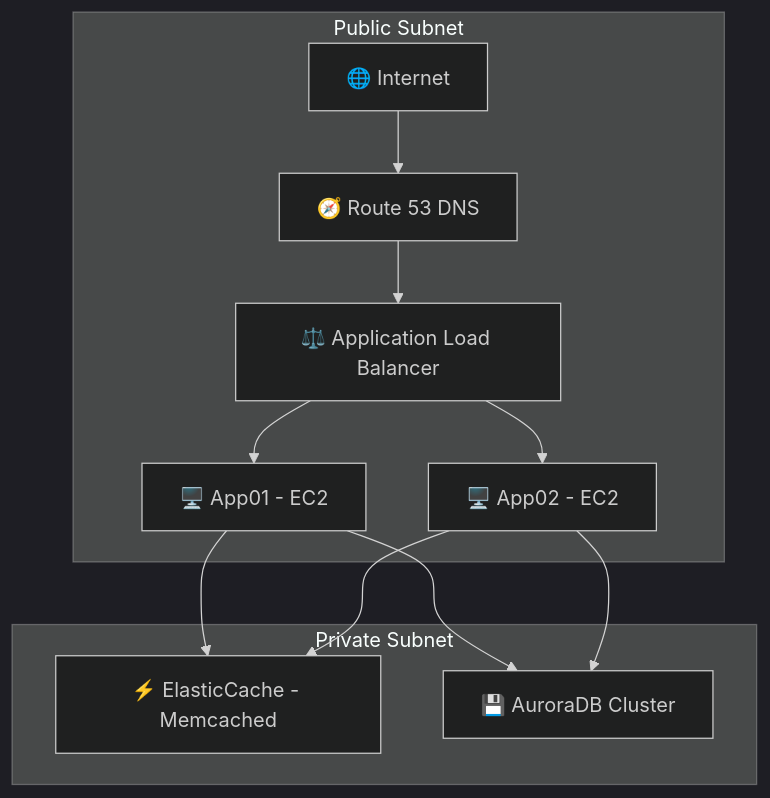
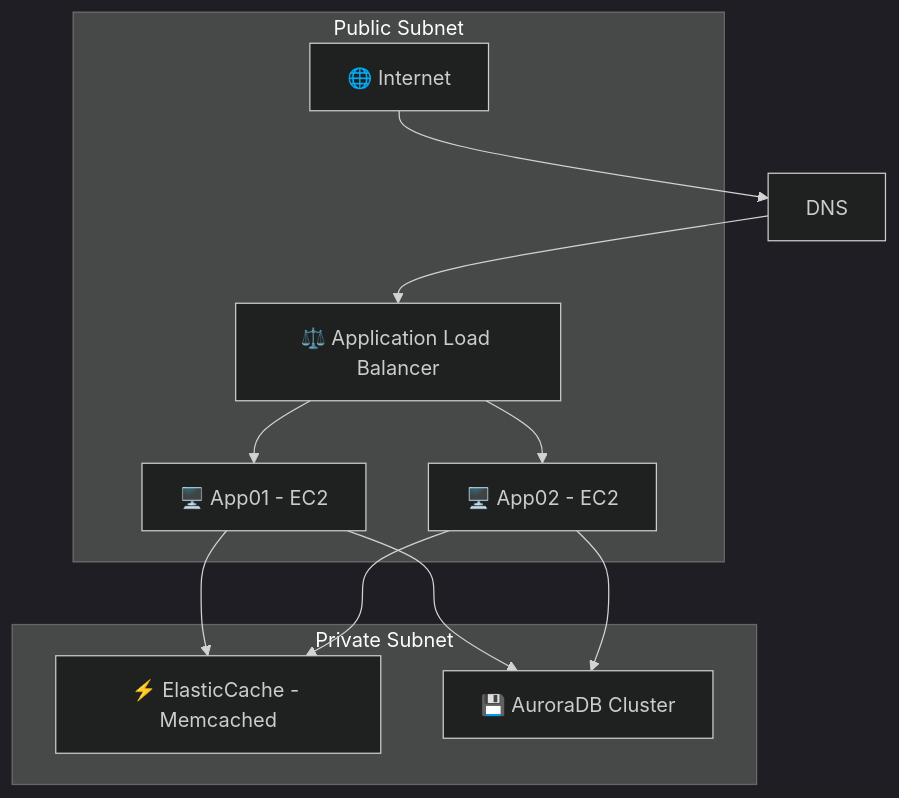
One commit to wandrad3/vprofile-aws changed the diagram in readme.md. Above: the diagram before and after it, drawn with Mermaid (dark theme). The commit also changed other lines of this file, not shown here.

````diff
--- a/readme.md
+++ b/readme.md
@@ -76,24 +38,23 @@
 ```mermaid
 ---
 config:
   layout: fixed
 ---
 
 flowchart TD
  subgraph subGraph0["Public Subnet"]
         ALB["⚖️ Application Load Balancer"]
-        DNS["🧭 Route 53 DNS"]
         Internet["🌐 Internet"]
         APP01["🖥️ App01 - EC2"]
         APP02["🖥️ App02 - EC2"]
   end
  subgraph subGraph1["Private Subnet"]
         ElastiCache["⚡ ElasticCache - Memcached"]
         AuroraDB["💾 AuroraDB Cluster"]
   end
     Internet --> DNS
     DNS --> ALB
-    ALB --> APP01 & APP02
+  ALB --> APP01 & APP02
     APP01 --> ElastiCache & AuroraDB
     APP02 --> ElastiCache & AuroraDB
 ```
````
